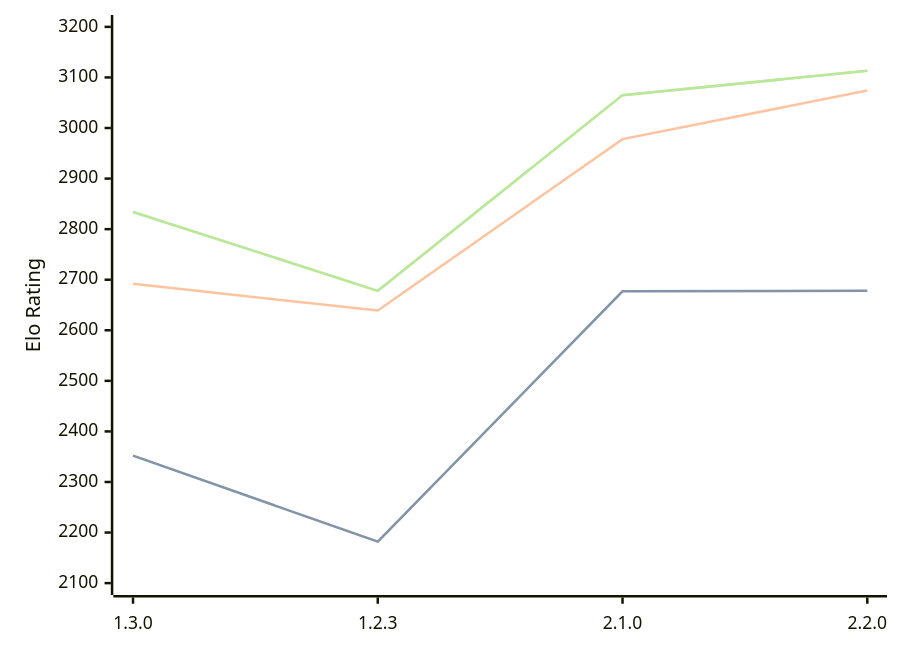
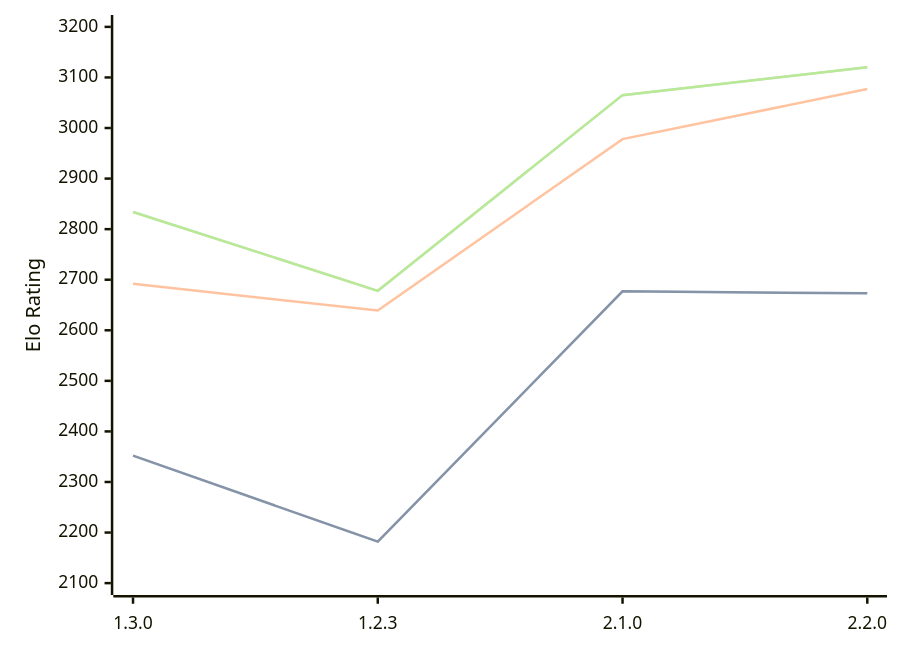
The third of 3 diagrams in engines/Aspen.md (computer-chess-index/cci), drawn with Mermaid before and after one commit. The commit also changed other lines of this file, not shown here.

Commit message:
Update CCI Ratings (ELO VLTC) - 2026-07-03

````diff
--- a/engines/Aspen.md
+++ b/engines/Aspen.md
@@ -76,11 +76,11 @@
 ```mermaid
 %%{init: {"theme":"base","themeVariables":{"seriesColors:['#a3a3a3','#222221','#faa371']}}}%%
 xychart-beta
   x-axis ["1.3.0", "1.2.3", "2.1.0", "2.2.0"]
   y-axis "Elo Rating" 2100 --> 3200
-  line "STC (8.0+0.08s)" [2352, 2182, 2677, 2678]
-  line "STC (8.0+0.08s)" [2352, 2182, 2677, 2678]
-  line "LTC (60.0+0.60s)" [2692, 2639, 2978, 3074]
-  line "VLTC (2m24s+1.12s)" [2834, 2678, 3065, 3113]
-  line "VLTC (2m24s+1.12s)" [2834, 2678, 3065, 3113]
+  line "STC (8.0+0.08s)" [2352, 2182, 2677, 2673]
+  line "STC (8.0+0.08s)" [2352, 2182, 2677, 2673]
+  line "LTC (60.0+0.60s)" [2692, 2639, 2978, 3077]
+  line "VLTC (2m24s+1.12s)" [2834, 2678, 3065, 3120]
+  line "VLTC (2m24s+1.12s)" [2834, 2678, 3065, 3120]
 ```
````
